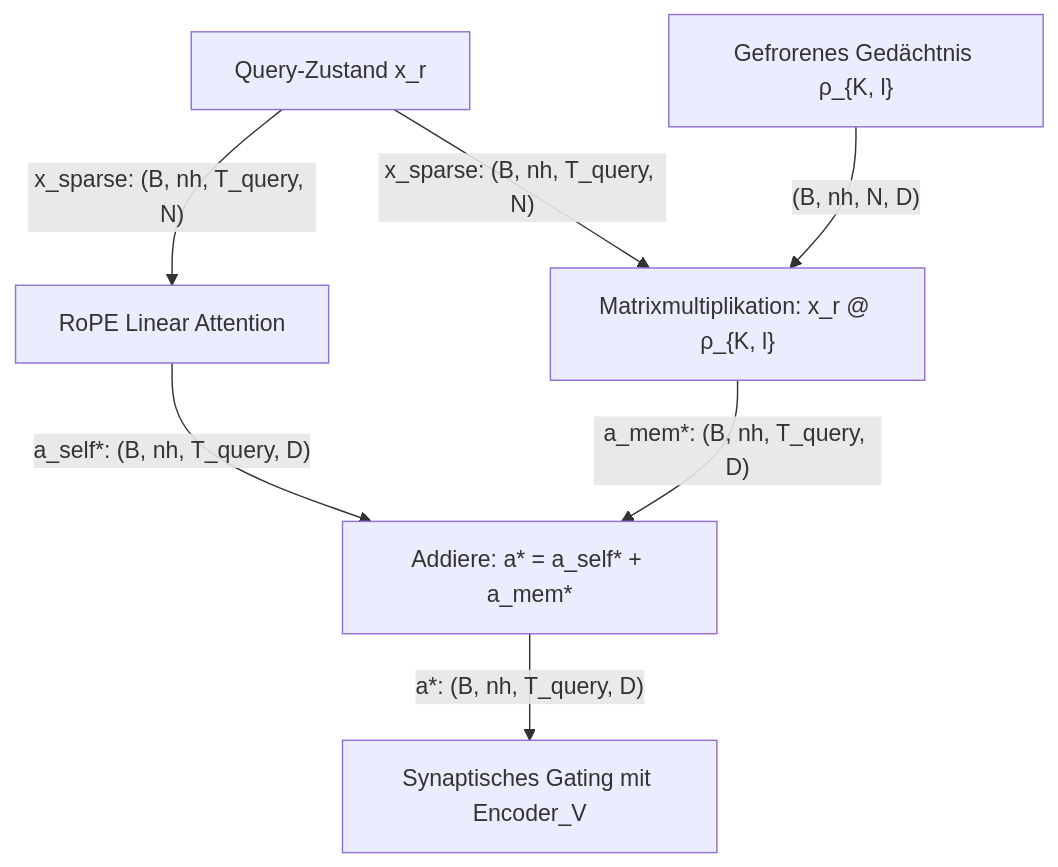
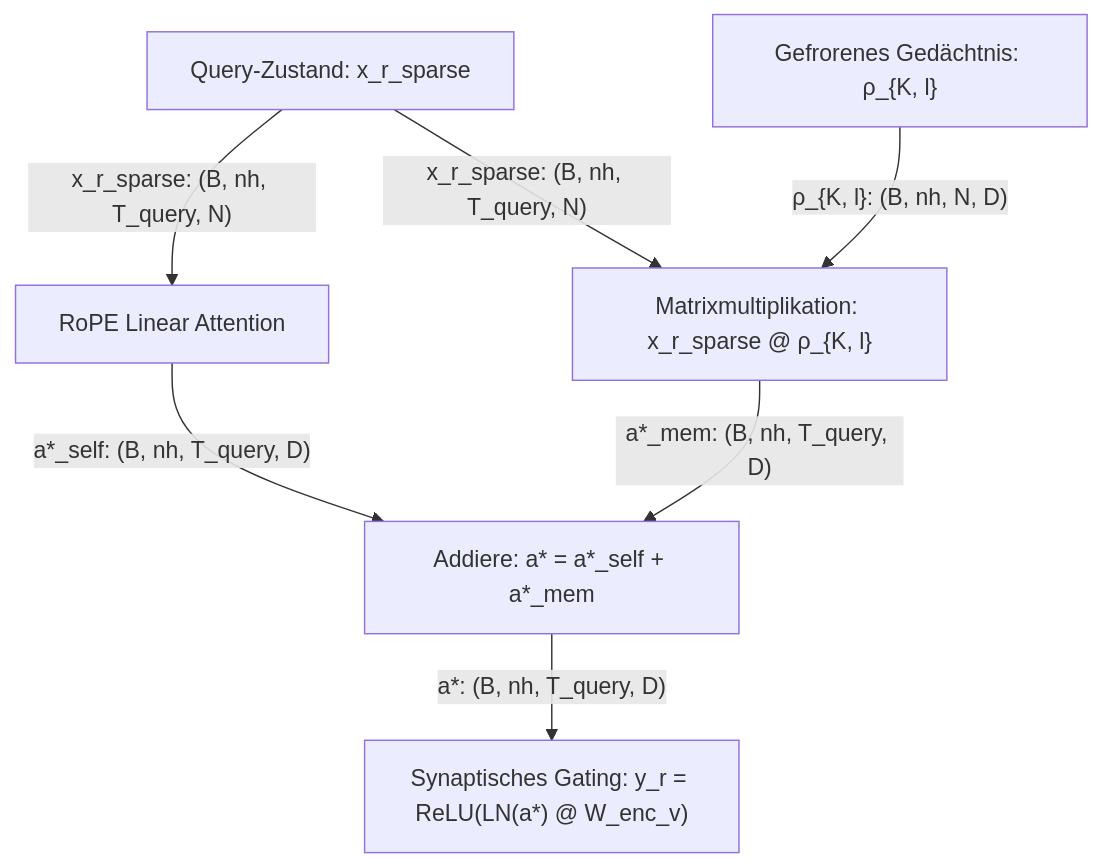
Before and after one commit to eberlful/BDH: the second of 2 diagrams in docs/obsidian/BDH/Konzepte/Assoziatives Gedächtnis & Fast-Weights.md, drawn with Mermaid. The commit also changed other lines of this file and 7 other files, not shown here.

Commit message:
feat: initialize continual learning development environment and refactor model architecture to include GPT support

````diff
--- a/docs/obsidian/BDH/Konzepte/Assoziatives Gedächtnis & Fast-Weights.md
+++ b/docs/obsidian/BDH/Konzepte/Assoziatives Gedächtnis & Fast-Weights.md
@@ -66,10 +66,10 @@
 ```mermaid
 graph TD
-    Query["Query-Zustand x_r"] -->|"x_sparse: (B, nh, T_query, N)"| SelfAttn["RoPE Linear Attention"]
-    Query -->|"x_sparse: (B, nh, T_query, N)"| MatMul["Matrixmultiplikation: x_r @ ρ_{K, l}"]
-    Rho["Gefrorenes Gedächtnis ρ_{K, l}"] -->|"(B, nh, N, D)"| MatMul
+    Query["Query-Zustand: x_r_sparse"] -->|"x_r_sparse: (B, nh, T_query, N)"| SelfAttn["RoPE Linear Attention"]
+    Query -->|"x_r_sparse: (B, nh, T_query, N)"| MatMul["Matrixmultiplikation: x_r_sparse @ ρ_{K, l}"]
+    Rho["Gefrorenes Gedächtnis: ρ_{K, l}"] -->|"ρ_{K, l}: (B, nh, N, D)"| MatMul
     
-    SelfAttn -->|"a_self*: (B, nh, T_query, D)"| Combine["Addiere: a* = a_self* + a_mem*"]
-    MatMul -->|"a_mem*: (B, nh, T_query, D)"| Combine
-    Combine -->|"a*: (B, nh, T_query, D)"| Gating["Synaptisches Gating mit Encoder_V"]
+    SelfAttn -->|"a*_self: (B, nh, T_query, D)"| Combine["Addiere: a* = a*_self + a*_mem"]
+    MatMul -->|"a*_mem: (B, nh, T_query, D)"| Combine
+    Combine -->|"a*: (B, nh, T_query, D)"| Gating["Synaptisches Gating: y_r = ReLU(LN(a*) @ W_enc_v)"]
 ```
````
